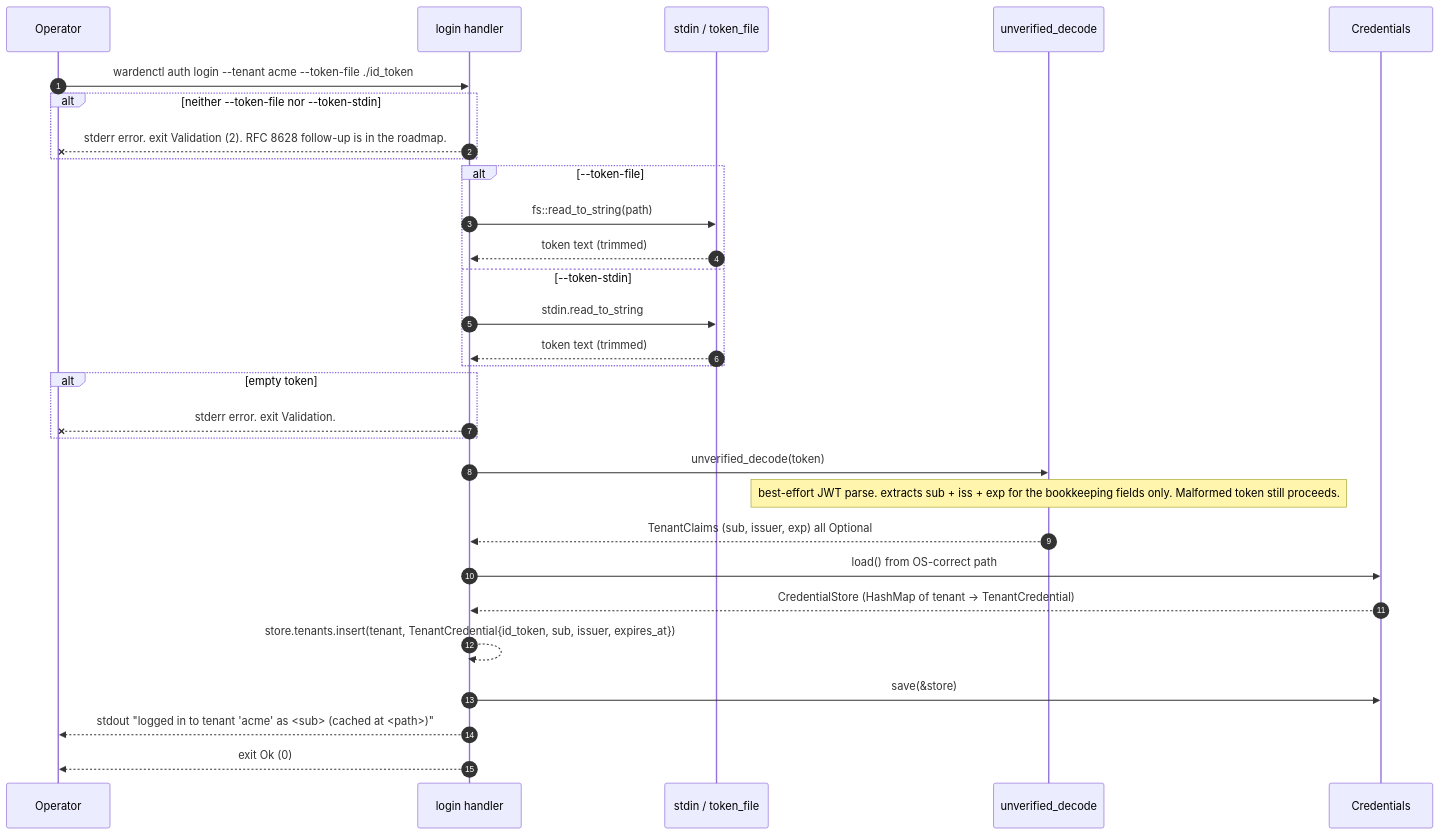
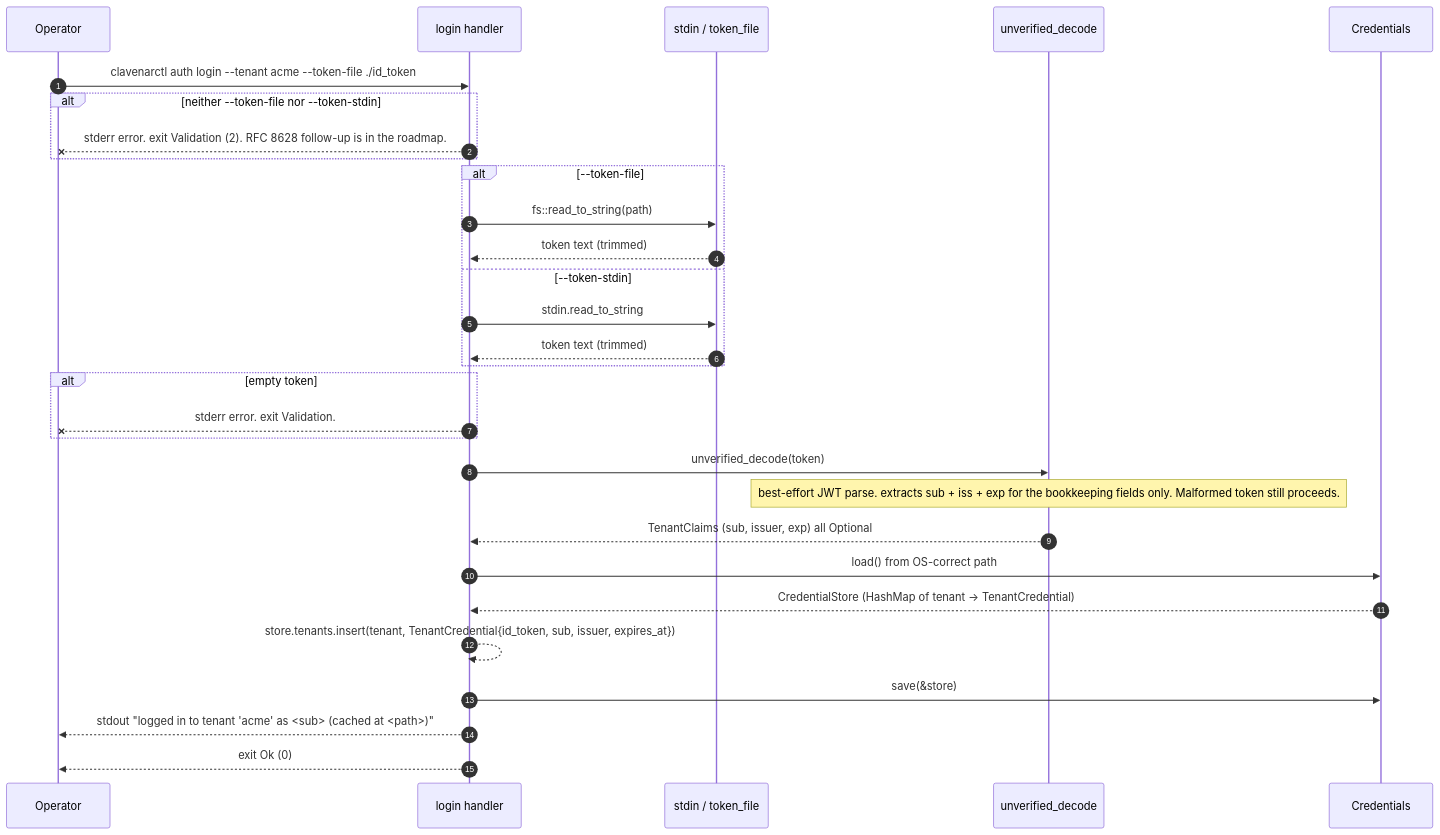
Before and after one commit to clavenar/clavenar-ctl: the first of 6 diagrams in docs/SEQUENCES.md, drawn with Mermaid. The commit also changed other lines of this file and 28 other files, not shown here.

````diff
--- a/docs/SEQUENCES.md
+++ b/docs/SEQUENCES.md
@@ -40,39 +40,39 @@
 ```mermaid
 sequenceDiagram
     autonumber
     participant Operator
-    participant Wardenctl as login handler
+    participant Clavenarctl as login handler
     participant Stdin as stdin / token_file
     participant Decode as unverified_decode
     participant Credentials
 
-    Operator->>Wardenctl: wardenctl auth login --tenant acme --token-file ./id_token
+    Operator->>Clavenarctl: clavenarctl auth login --tenant acme --token-file ./id_token
 
     alt neither --token-file nor --token-stdin
-        Wardenctl--xOperator: stderr error. exit Validation (2). RFC 8628 follow-up is in the roadmap.
+        Clavenarctl--xOperator: stderr error. exit Validation (2). RFC 8628 follow-up is in the roadmap.
     end
 
     alt --token-file
-        Wardenctl->>Stdin: fs::read_to_string(path)
-        Stdin-->>Wardenctl: token text (trimmed)
+        Clavenarctl->>Stdin: fs::read_to_string(path)
+        Stdin-->>Clavenarctl: token text (trimmed)
     else --token-stdin
-        Wardenctl->>Stdin: stdin.read_to_string
-        Stdin-->>Wardenctl: token text (trimmed)
+        Clavenarctl->>Stdin: stdin.read_to_string
+        Stdin-->>Clavenarctl: token text (trimmed)
     end
 
     alt empty token
-        Wardenctl--xOperator: stderr error. exit Validation.
+        Clavenarctl--xOperator: stderr error. exit Validation.
     end
 
-    Wardenctl->>Decode: unverified_decode(token)
+    Clavenarctl->>Decode: unverified_decode(token)
     Note over Decode: best-effort JWT parse. extracts sub + iss + exp for the bookkeeping fields only. Malformed token still proceeds.
-    Decode-->>Wardenctl: TenantClaims (sub, issuer, exp) all Optional
+    Decode-->>Clavenarctl: TenantClaims (sub, issuer, exp) all Optional
 
-    Wardenctl->>Credentials: load() from OS-correct path
-    Credentials-->>Wardenctl: CredentialStore (HashMap of tenant -> TenantCredential)
-    Wardenctl-->>Wardenctl: store.tenants.insert(tenant, TenantCredential{id_token, sub, issuer, expires_at})
-    Wardenctl->>Credentials: save(&store)
+    Clavenarctl->>Credentials: load() from OS-correct path
+    Credentials-->>Clavenarctl: CredentialStore (HashMap of tenant -> TenantCredential)
+    Clavenarctl-->>Clavenarctl: store.tenants.insert(tenant, TenantCredential{id_token, sub, issuer, expires_at})
+    Clavenarctl->>Credentials: save(&store)
 
-    Wardenctl-->>Operator: stdout "logged in to tenant 'acme' as <sub> (cached at <path>)"
-    Wardenctl-->>Operator: exit Ok (0)
+    Clavenarctl-->>Operator: stdout "logged in to tenant 'acme' as <sub> (cached at <path>)"
+    Clavenarctl-->>Operator: exit Ok (0)
 ```
````
